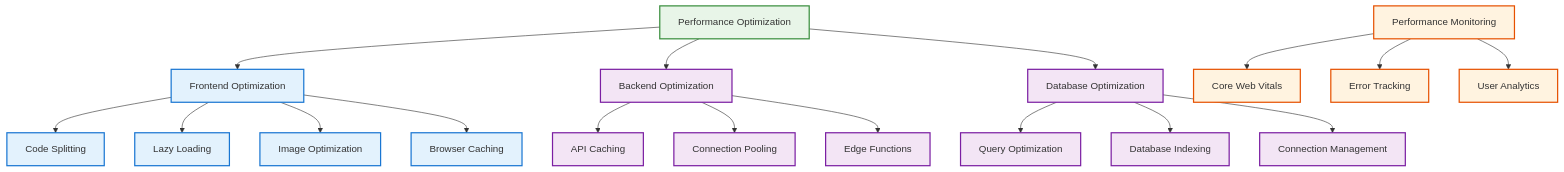
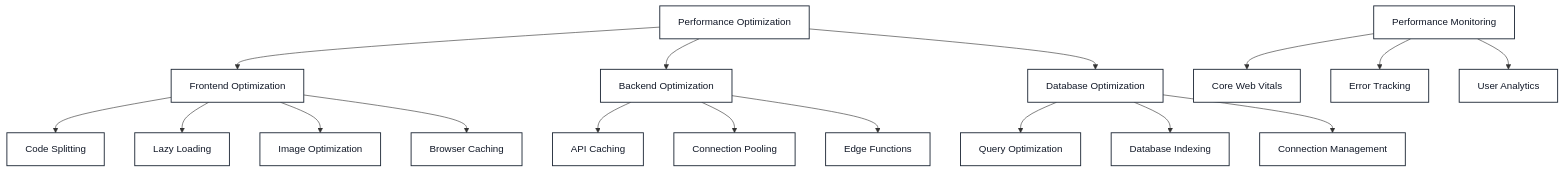
The tenth of 11 diagrams in ARCHITECTURE_DIAGRAMS.md (Om7035/student-market), drawn with Mermaid before and after one commit. The commit also changed other lines of this file, not shown here.

````diff
--- a/ARCHITECTURE_DIAGRAMS.md
+++ b/ARCHITECTURE_DIAGRAMS.md
@@ -484,33 +493,34 @@
 ```mermaid
+%%{init: { 'theme': 'base', 'themeVariables': { 'background': '#ffffff', 'primaryColor': '#ffffff', 'secondaryColor': '#ffffff', 'tertiaryColor': '#ffffff', 'primaryTextColor': '#111827', 'textColor': '#111827', 'titleColor': '#111827', 'lineColor': '#1f2937', 'primaryBorderColor': '#1f2937', 'defaultLinkColor': '#1f2937', 'edgeLabelBackground': '#ffffff', 'arrowheadColor': '#1f2937', 'clusterBkg': '#ffffff', 'clusterBorder': '#1f2937', 'fontFamily': 'Inter, ui-sans-serif, system-ui, -apple-system, Segoe UI, Roboto, Helvetica, Arial, "Apple Color Emoji", "Segoe UI Emoji"', 'fontSize': '14px' }, 'flowchart': { 'nodeSpacing': 40, 'rankSpacing': 60, 'padding': 12 } }}%%
 graph TB
     Performance[Performance Optimization] --> Frontend[Frontend Optimization]
     Performance --> Backend[Backend Optimization]
     Performance --> Database[Database Optimization]
     
     Frontend --> CodeSplit[Code Splitting]
     Frontend --> LazyLoad[Lazy Loading]
     Frontend --> Images[Image Optimization]
     Frontend --> Cache[Browser Caching]
     
     Backend --> API[API Caching]
     Backend --> Connection[Connection Pooling]
     Backend --> Edge[Edge Functions]
     
     Database --> Queries[Query Optimization]
     Database --> Indexes[Database Indexing]
     Database --> Connections[Connection Management]
     
     Monitoring[Performance Monitoring] --> Metrics[Core Web Vitals]
     Monitoring --> Tracking[Error Tracking]
     Monitoring --> Analytics[User Analytics]
     
-    classDef perfBox fill:#e8f5e8,stroke:#388e3c,stroke-width:2px
-    classDef frontendBox fill:#e3f2fd,stroke:#1976d2,stroke-width:2px
-    classDef backendBox fill:#f3e5f5,stroke:#7b1fa2,stroke-width:2px
-    classDef monitorBox fill:#fff3e0,stroke:#e65100,stroke-width:2px
+    classDef perfBox fill:#ffffff,stroke:#1f2937,stroke-width:1.5px,color:#111827
+    classDef frontendBox fill:#ffffff,stroke:#1f2937,stroke-width:1.5px,color:#111827
+    classDef backendBox fill:#ffffff,stroke:#1f2937,stroke-width:1.5px,color:#111827
+    classDef monitorBox fill:#ffffff,stroke:#1f2937,stroke-width:1.5px,color:#111827
     
     class Performance perfBox
     class Frontend,CodeSplit,LazyLoad,Images,Cache frontendBox
     class Backend,API,Connection,Edge,Database,Queries,Indexes,Connections backendBox
     class Monitoring,Metrics,Tracking,Analytics monitorBox
 ```
````
